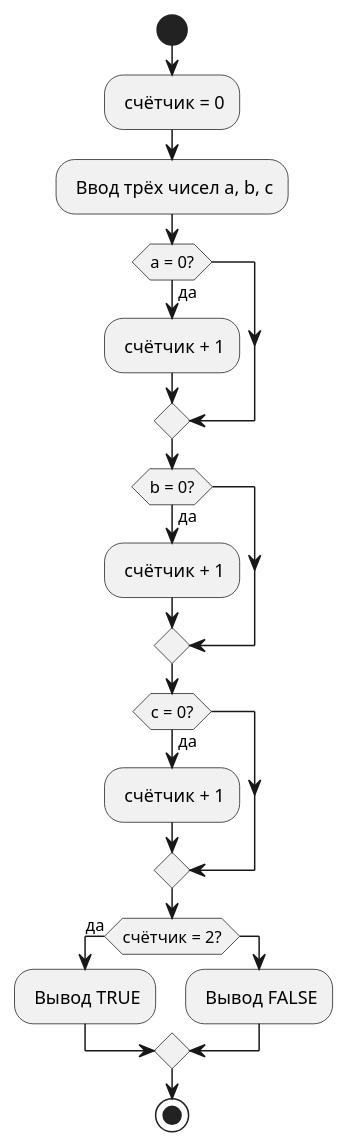
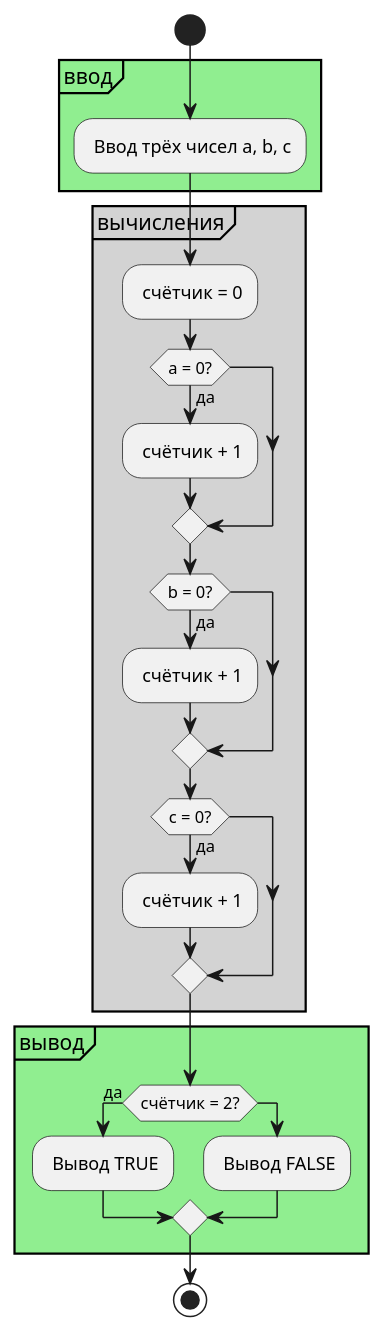
One commit to ermakov0/ivt-cpp changed the diagram in uml/03-example1.puml. Above: the diagram before and after it, drawn with PlantUML. The commit also changed 25 other files, not shown here.

```diff
--- a/uml/03-example1.puml
+++ b/uml/03-example1.puml
@@ -1,20 +1,26 @@
 @startuml 03-example1
 start
-- счётчик = 0
-- Ввод трёх чисел a, b, c
-if (a = 0?) then (да)
-    - счётчик + 1
-endif
-if (b = 0?) then (да)
-    - счётчик + 1
-endif
-if (c = 0?) then (да)
-    - счётчик + 1
-endif
-if (счётчик = 2?) then (да)
-    - Вывод TRUE
-else
-    - Вывод FALSE
-endif
+partition #lightGreen "ввод" {
+    - Ввод трёх чисел a, b, c
+}
+partition #lightGray "вычисления" {
+    - счётчик = 0
+    if (a = 0?) then (да)
+        - счётчик + 1
+    endif
+    if (b = 0?) then (да)
+        - счётчик + 1
+    endif
+    if (c = 0?) then (да)
+        - счётчик + 1
+    endif
+}
+partition #lightGreen "вывод" {
+    if (счётчик = 2?) then (да)
+        - Вывод TRUE
+    else
+        - Вывод FALSE
+    endif
+}
 stop
 @enduml
```
